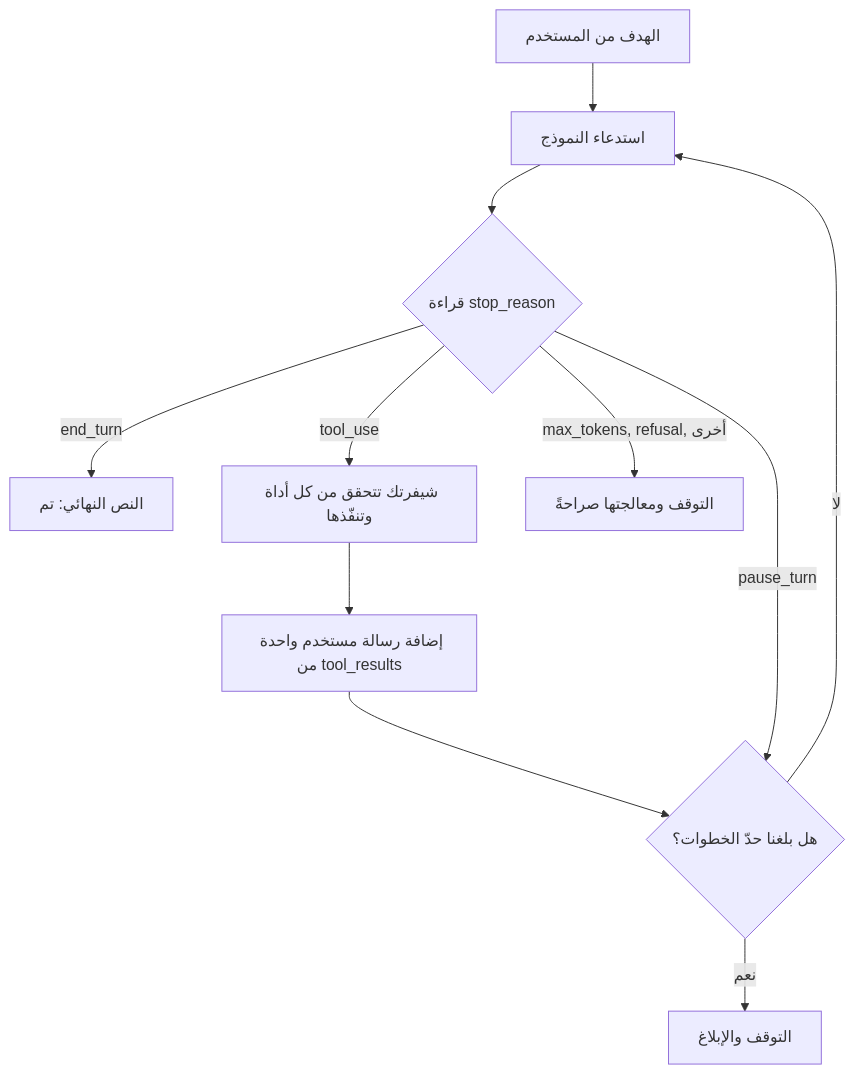
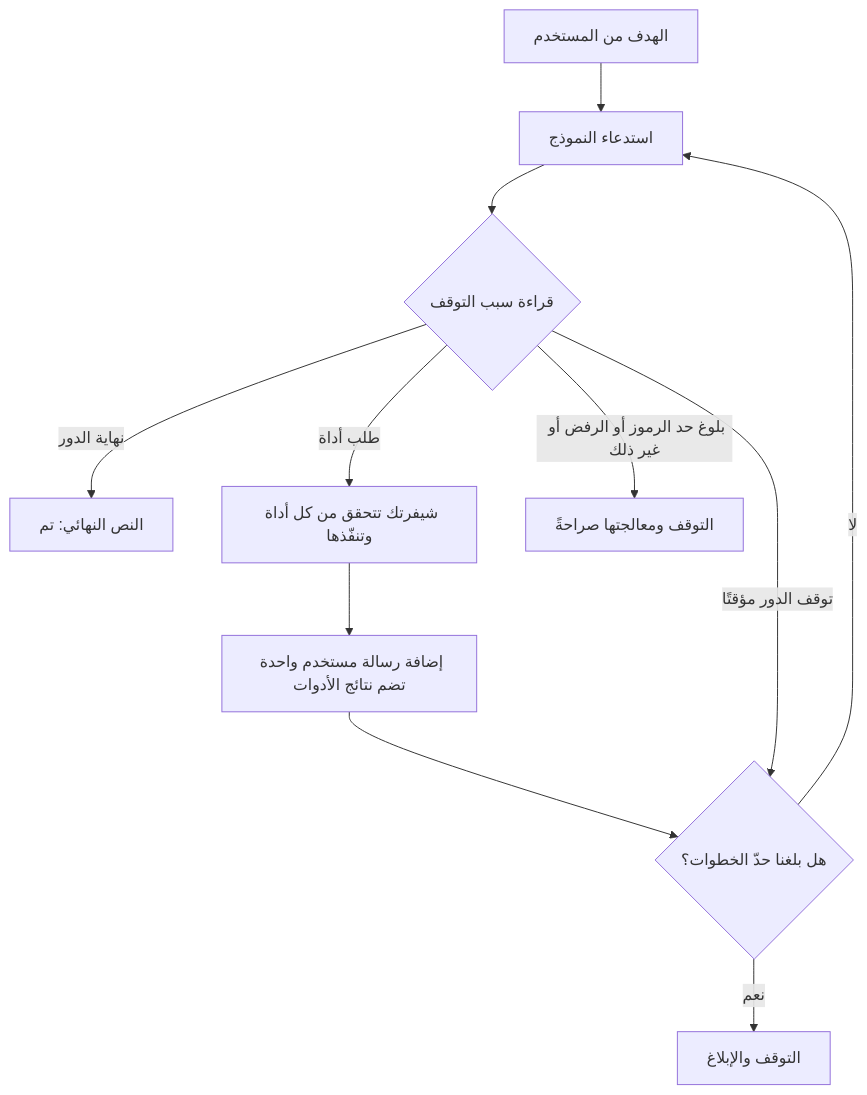
The second of 2 diagrams in aiapps/modules/01-llm-app.ar.md (Tamoura/system-design-for-vibe-coders), drawn with Mermaid before and after one commit. The commit also changed other lines of this file and 15 other files, not shown here.

````diff
--- a/aiapps/modules/01-llm-app.ar.md
+++ b/aiapps/modules/01-llm-app.ar.md
@@ -382,13 +382,13 @@
 ```mermaid
 flowchart TD
     G["الهدف من المستخدم"] --> L["استدعاء النموذج"]
-    L --> Q{"قراءة stop_reason"}
-    Q -->|"end_turn"| D["النص النهائي: تم"]
-    Q -->|"tool_use"| T["شيفرتك تتحقق من كل أداة وتنفّذها"]
-    T --> A["إضافة رسالة مستخدم واحدة من tool_results"]
+    L --> Q{"قراءة سبب التوقف"}
+    Q -->|"نهاية الدور"| D["النص النهائي: تم"]
+    Q -->|"طلب أداة"| T["شيفرتك تتحقق من كل أداة وتنفّذها"]
+    T --> A["إضافة رسالة مستخدم واحدة تضم نتائج الأدوات"]
     A --> C{"هل بلغنا حدّ الخطوات؟"}
     C -->|"لا"| L
     C -->|"نعم"| S["التوقف والإبلاغ"]
-    Q -->|"max_tokens, refusal, أخرى"| O["التوقف ومعالجتها صراحةً"]
-    Q -->|"pause_turn"| C
+    Q -->|"بلوغ حد الرموز أو الرفض أو غير ذلك"| O["التوقف ومعالجتها صراحةً"]
+    Q -->|"توقف الدور مؤقتًا"| C
 ```
````
